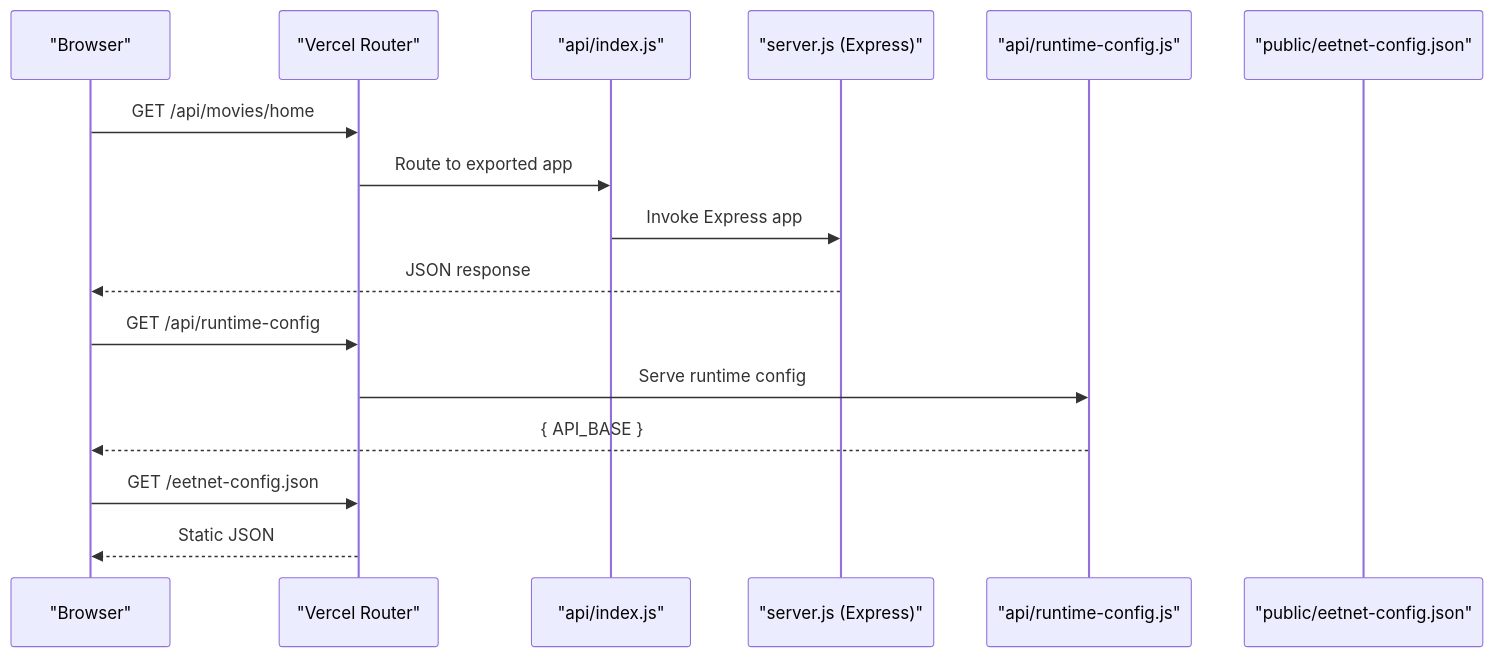
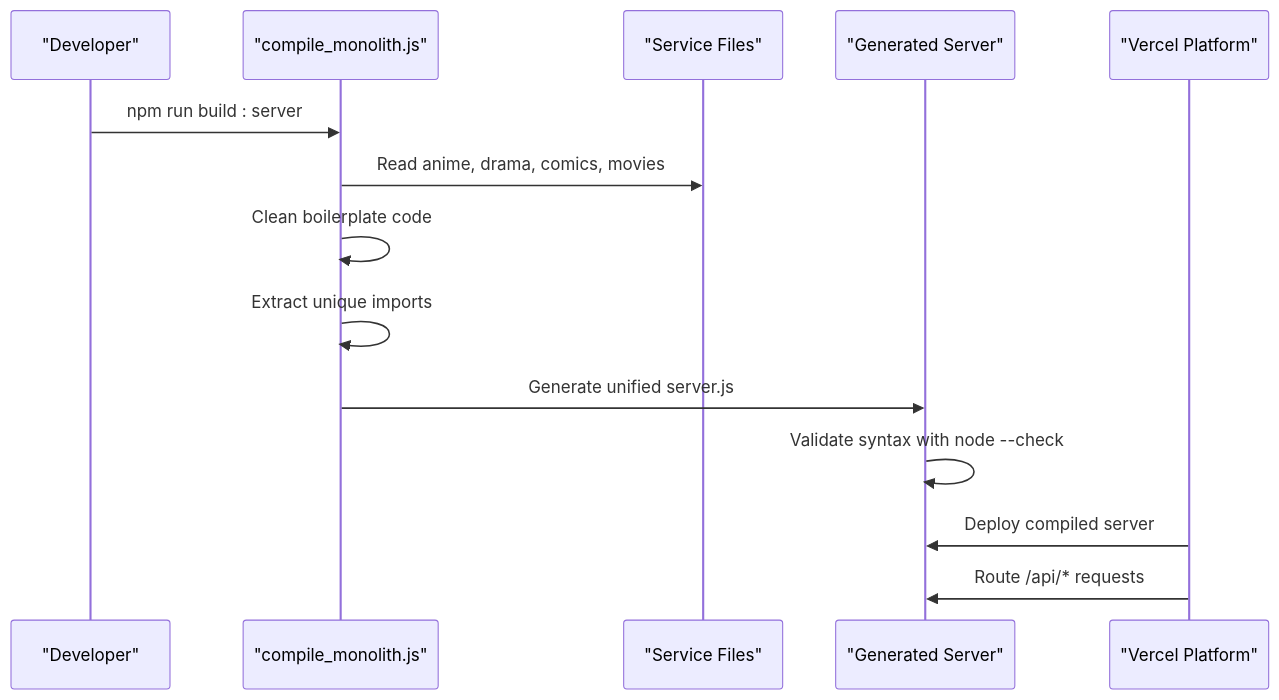
Before and after one commit to techniciansupremus-lab/Project-Anime: the second of 5 diagrams in .qoder/repowiki/en/content/Deployment & DevOps/Build Processes/Server Build Process.md, drawn with Mermaid. The commit also changed other lines of this file and 101 other files, not shown here.

````diff
--- a/.qoder/repowiki/en/content/Deployment & DevOps/Build Processes/Server Build Process.md
+++ b/.qoder/repowiki/en/content/Deployment & DevOps/Build Processes/Server Build Process.md
@@ -103,18 +136,16 @@
 ```mermaid
 sequenceDiagram
-participant Browser as "Browser"
-participant Vercel as "Vercel Router"
-participant APIIndex as "api/index.js"
-participant Server as "server.js (Express)"
-participant RuntimeCfg as "api/runtime-config.js"
-participant StaticCfg as "public/eetnet-config.json"
-Browser->>Vercel : GET /api/movies/home
-Vercel->>APIIndex : Route to exported app
-APIIndex->>Server : Invoke Express app
-Server-->>Browser : JSON response
-Browser->>Vercel : GET /api/runtime-config
-Vercel->>RuntimeCfg : Serve runtime config
-RuntimeCfg-->>Browser : { API_BASE }
-Browser->>Vercel : GET /eetnet-config.json
-Vercel-->>Browser : Static JSON
+participant Dev as "Developer"
+participant Compiler as "compile_monolith.js"
+participant Services as "Service Files"
+participant Output as "Generated Server"
+participant Vercel as "Vercel Platform"
+Dev->>Compiler : npm run build : server
+Compiler->>Services : Read anime, drama, comics, movies
+Compiler->>Compiler : Clean boilerplate code
+Compiler->>Compiler : Extract unique imports
+Compiler->>Output : Generate unified server.js
+Output->>Output : Validate syntax with node --check
+Vercel->>Output : Deploy compiled server
+Vercel->>Output : Route /api/* requests
 ```
````
